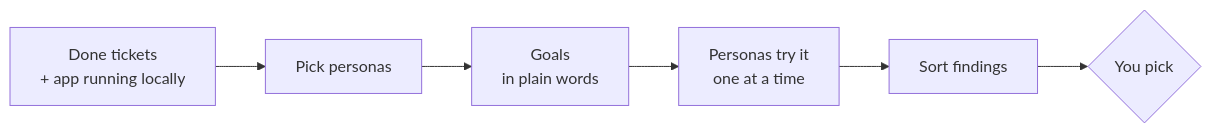
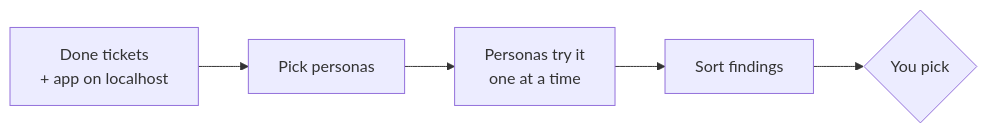
One commit to mousemouse094526/kiki-kit changed the fifth of 5 diagrams in docs/flow.md. Above: the diagram before and after it, drawn with Mermaid. The commit also changed other lines of this file and 27 other files, not shown here.

````diff
--- a/docs/flow.md
+++ b/docs/flow.md
@@ -262,11 +145,10 @@
 ```mermaid
 flowchart LR
-    S["Done tickets<br/>+ app running locally"]
+    S["Done tickets<br/>+ app on localhost"]
     C["Pick personas"]
-    G["Goals<br/>in plain words"]
     RUN["Personas try it<br/>one at a time"]
     TRI["Sort findings"]
     P{"You pick"}
 
-    S --> C --> G --> RUN --> TRI --> P
+    S --> C --> RUN --> TRI --> P
 ```
````
